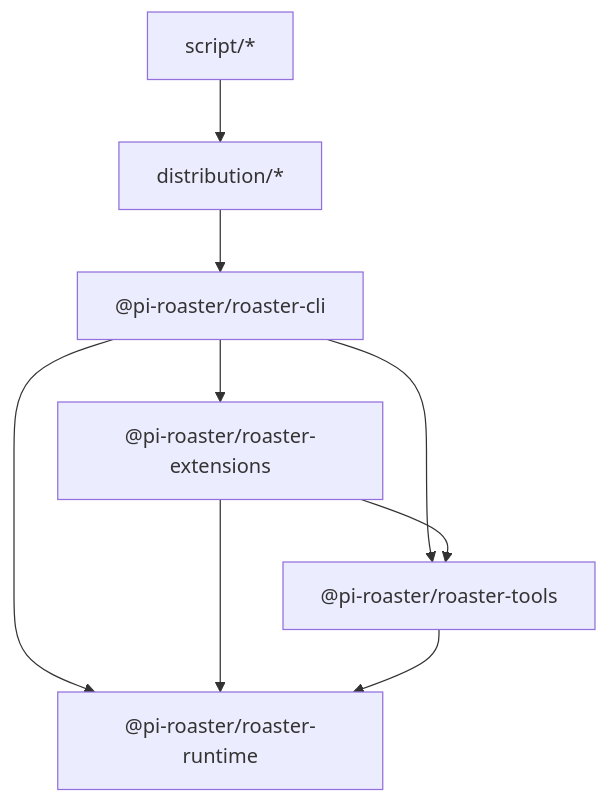
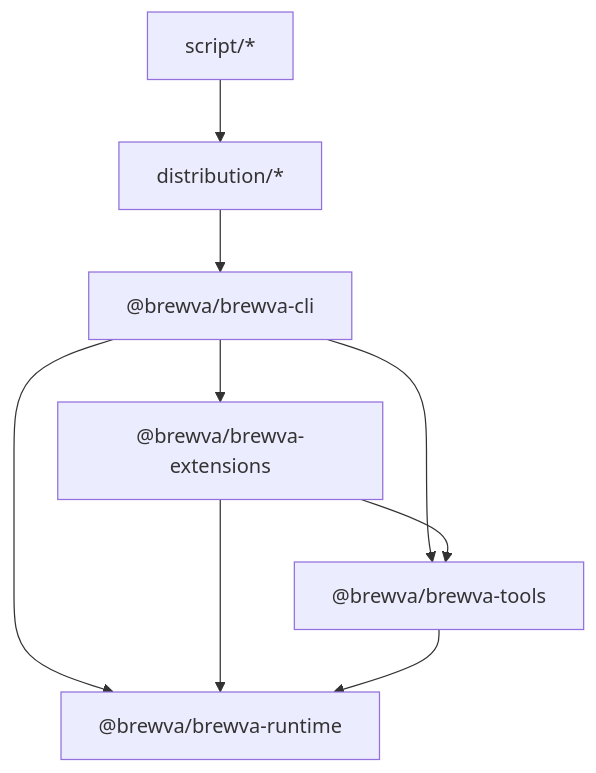
Before and after one commit to arcthur/brewva: the diagram in docs/architecture/system-architecture.md, drawn with Mermaid. The commit also changed other lines of this file and 252 other files, not shown here.

First line of the commit message:
chore: rename project from pi-roaster to brewva

````diff
--- a/docs/architecture/system-architecture.md
+++ b/docs/architecture/system-architecture.md
@@ -8,18 +8,18 @@
 ```mermaid
 flowchart TD
-  CLI["@pi-roaster/roaster-cli"]
-  EXT["@pi-roaster/roaster-extensions"]
-  TOOLS["@pi-roaster/roaster-tools"]
-  RT["@pi-roaster/roaster-runtime"]
+  CLI["@brewva/brewva-cli"]
+  EXT["@brewva/brewva-extensions"]
+  TOOLS["@brewva/brewva-tools"]
+  RT["@brewva/brewva-runtime"]
   DIST["distribution/*"]
   SCRIPT["script/*"]
 
   CLI --> EXT
   CLI --> TOOLS
   CLI --> RT
   EXT --> TOOLS
   EXT --> RT
   TOOLS --> RT
   DIST --> CLI
   SCRIPT --> DIST
 ```
````
